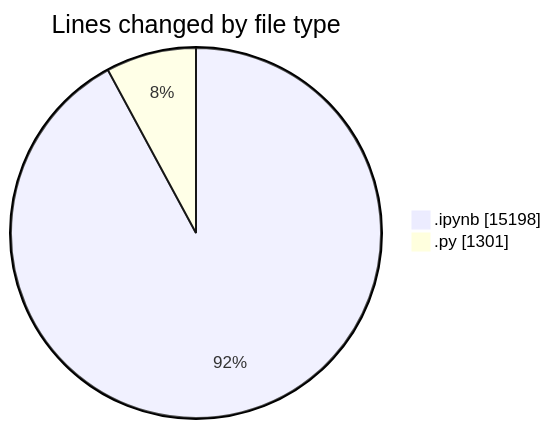
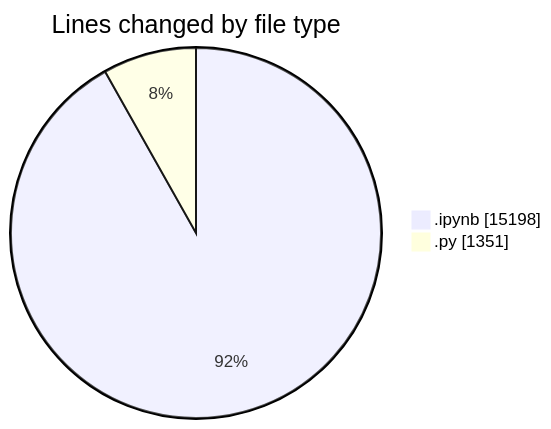
Before and after one commit to MatusMokan/code-tracking: the first of 2 diagrams in 2025-04-10/myws__workspace_/README.md, drawn with Mermaid. The commit also changed other lines of this file and 1 other file, not shown here.

````diff
--- a/2025-04-10/myws__workspace_/README.md
+++ b/2025-04-10/myws__workspace_/README.md
@@ -21,6 +21,6 @@
 ```mermaid
 pie showData
 title Lines changed by file type
 ".ipynb" : 15198
-".py" : 1301
+".py" : 1351
 ```
````
